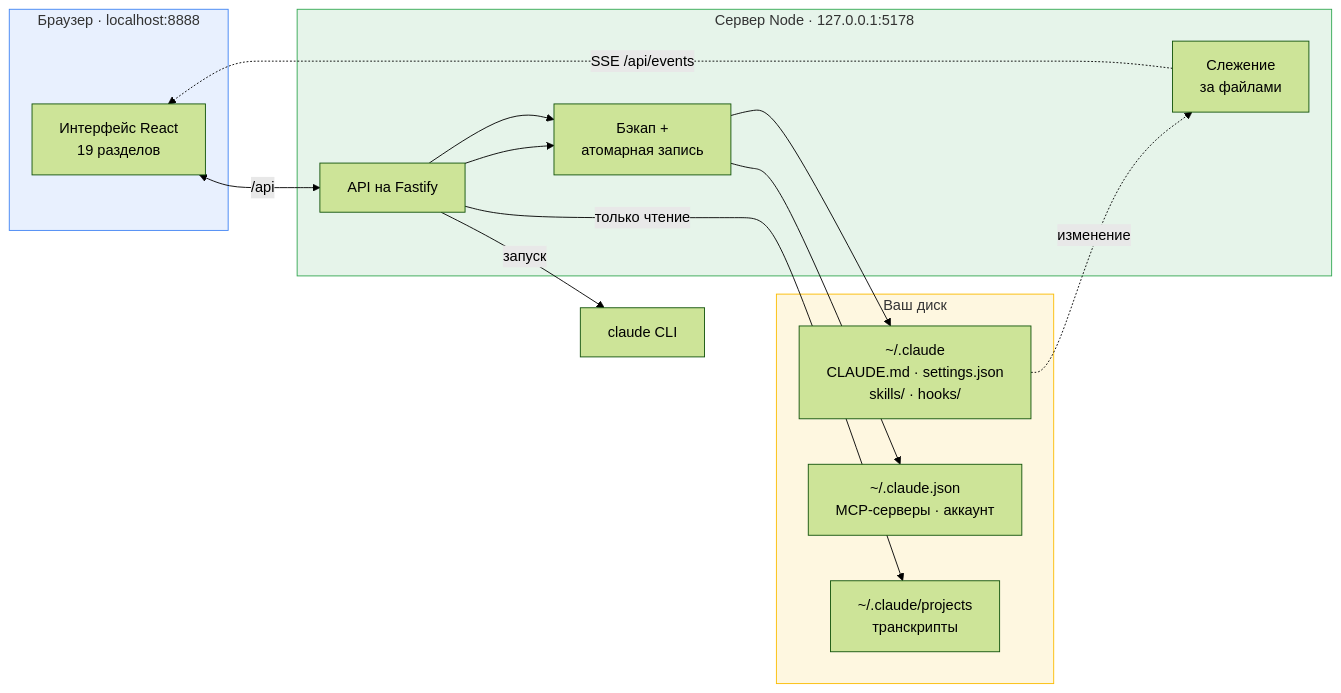
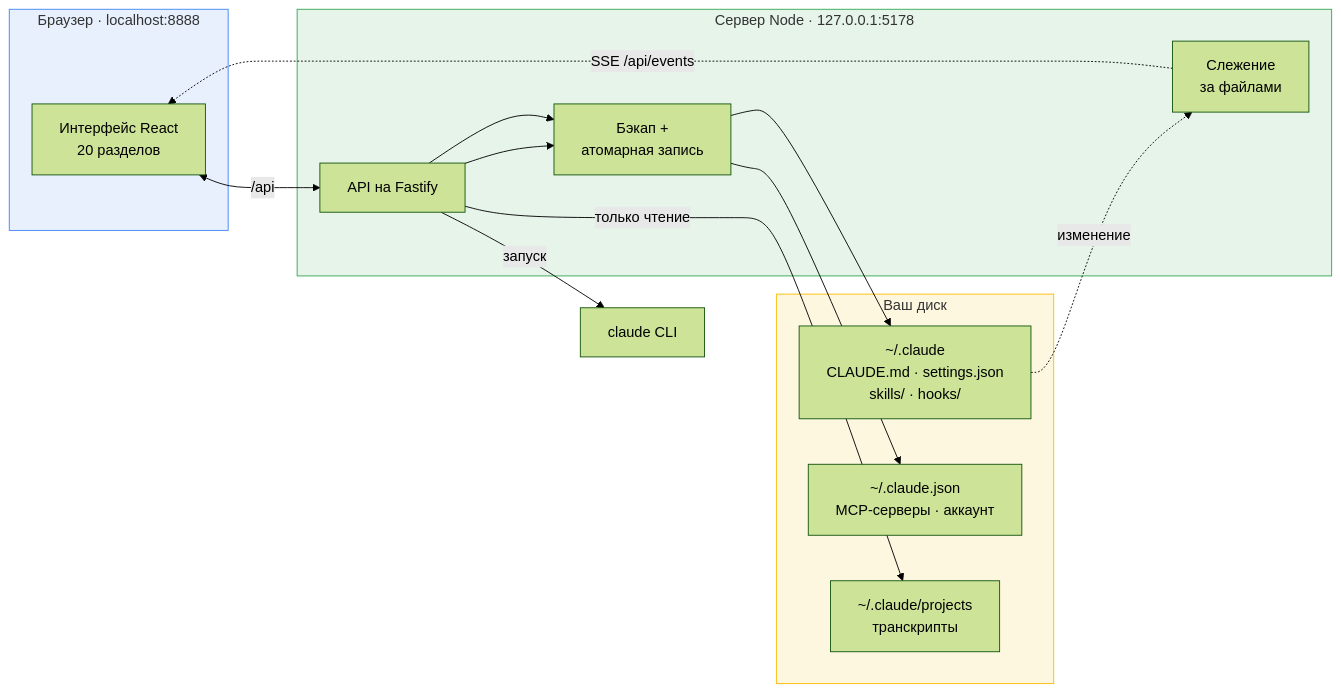
Before and after one commit to rusyander/claude-control: the first of 2 diagrams in README.ru.md, drawn with Mermaid (forest theme). The commit also changed other lines of this file and 81 other files, not shown here.

````diff
--- a/README.ru.md
+++ b/README.ru.md
@@ -76,32 +77,32 @@
 ```mermaid
 flowchart LR
     subgraph browser["Браузер · localhost:8888"]
-        UI["Интерфейс React<br/>19 разделов"]
+        UI["Интерфейс React<br/>20 разделов"]
     end
 
     subgraph server["Сервер Node · 127.0.0.1:5178"]
         API["API на Fastify"]
         WATCH["Слежение<br/>за файлами"]
         SAFE["Бэкап +<br/>атомарная запись"]
     end
 
     subgraph disk["Ваш диск"]
         CFG["~/.claude<br/>CLAUDE.md · settings.json<br/>skills/ · hooks/"]
         MCP["~/.claude.json<br/>MCP-серверы · аккаунт"]
         TR["~/.claude/projects<br/>транскрипты"]
     end
 
     CLI["claude CLI"]
 
     UI <-->|"/api"| API
     API --> SAFE --> CFG
     API --> SAFE --> MCP
     API -->|только чтение| TR
     API -->|запуск| CLI
     CFG -.->|изменение| WATCH
     WATCH -.->|"SSE /api/events"| UI
 
     style browser fill:#e8f0fe,stroke:#4285f4
     style server fill:#e6f4ea,stroke:#34a853
     style disk fill:#fef7e0,stroke:#fbbc04
 ```
````
